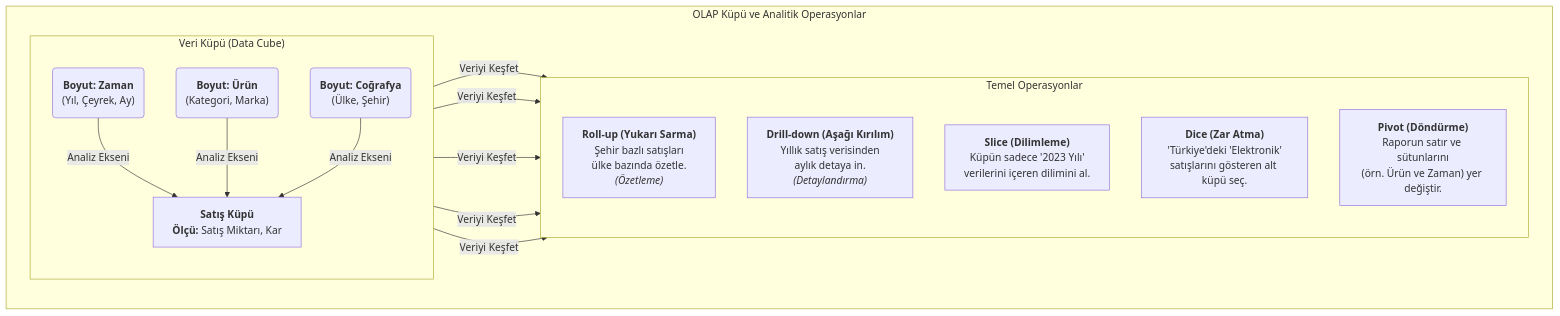
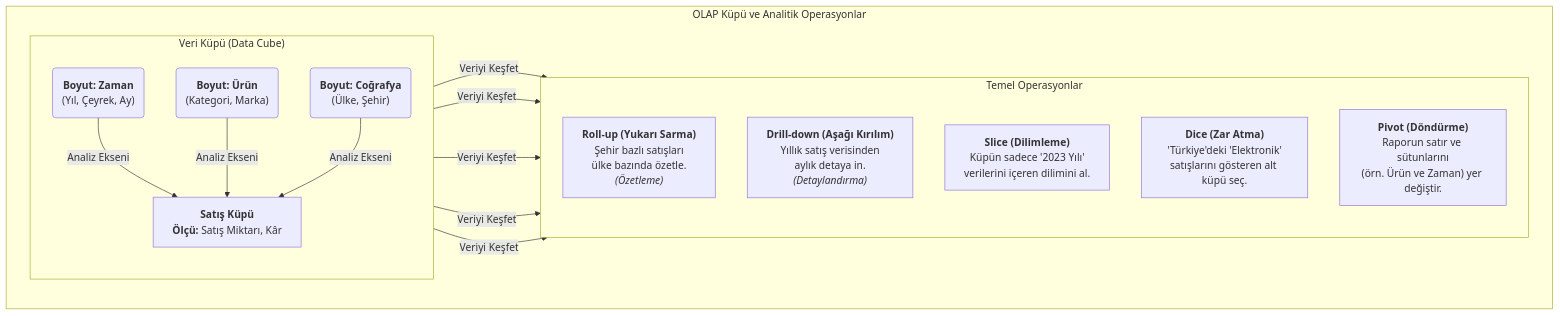
Before and after one commit to erkanozhan/datamining: the fifth of 14 diagrams in Ders_Notu.md, drawn with Mermaid. The commit also changed other lines of this file and 3 other files, not shown here.

````diff
--- a/Ders_Notu.md
+++ b/Ders_Notu.md
@@ -466,32 +513,32 @@
 ```mermaid
 graph TD
     subgraph "OLAP Küpü ve Analitik Operasyonlar"
         direction LR
 
         subgraph "Veri Küpü (Data Cube)"
             direction TB
             A("<b>Boyut: Zaman</b><br/>(Yıl, Çeyrek, Ay)")
             B("<b>Boyut: Ürün</b><br/>(Kategori, Marka)")
             C("<b>Boyut: Coğrafya</b><br/>(Ülke, Şehir)")
-            Cube["<b>Satış Küpü</b><br/><b>Ölçü:</b> Satış Miktarı, Kar"]
+            Cube["<b>Satış Küpü</b><br/><b>Ölçü:</b> Satış Miktarı, Kâr"]
             A -- Analiz Ekseni --> Cube
             B -- Analiz Ekseni --> Cube
             C -- Analiz Ekseni --> Cube
         end
 
         subgraph "Temel Operasyonlar"
             direction TB
             Rollup["<b>Roll-up (Yukarı Sarma)</b><br/>Şehir bazlı satışları<br/>ülke bazında özetle.<br/><i>(Özetleme)</i>"]
             Drilldown["<b>Drill-down (Aşağı Kırılım)</b><br/>Yıllık satış verisinden<br/>aylık detaya in.<br/><i>(Detaylandırma)</i>"]
             Slice["<b>Slice (Dilimleme)</b><br/>Küpün sadece '2023 Yılı'<br/>verilerini içeren dilimini al."]
             Dice["<b>Dice (Zar Atma)</b><br/>'Türkiye'deki 'Elektronik'<br/>satışlarını gösteren alt küpü seç."]
             Pivot["<b>Pivot (Döndürme)</b><br/>Raporun satır ve sütunlarını<br/>(örn. Ürün ve Zaman) yer değiştir."]
         end
 
         Cube -- "Veriyi Keşfet" --> Rollup
         Cube -- "Veriyi Keşfet" --> Drilldown
         Cube -- "Veriyi Keşfet" --> Slice
         Cube -- "Veriyi Keşfet" --> Dice
         Cube -- "Veriyi Keşfet" --> Pivot
     end
 ```
````
